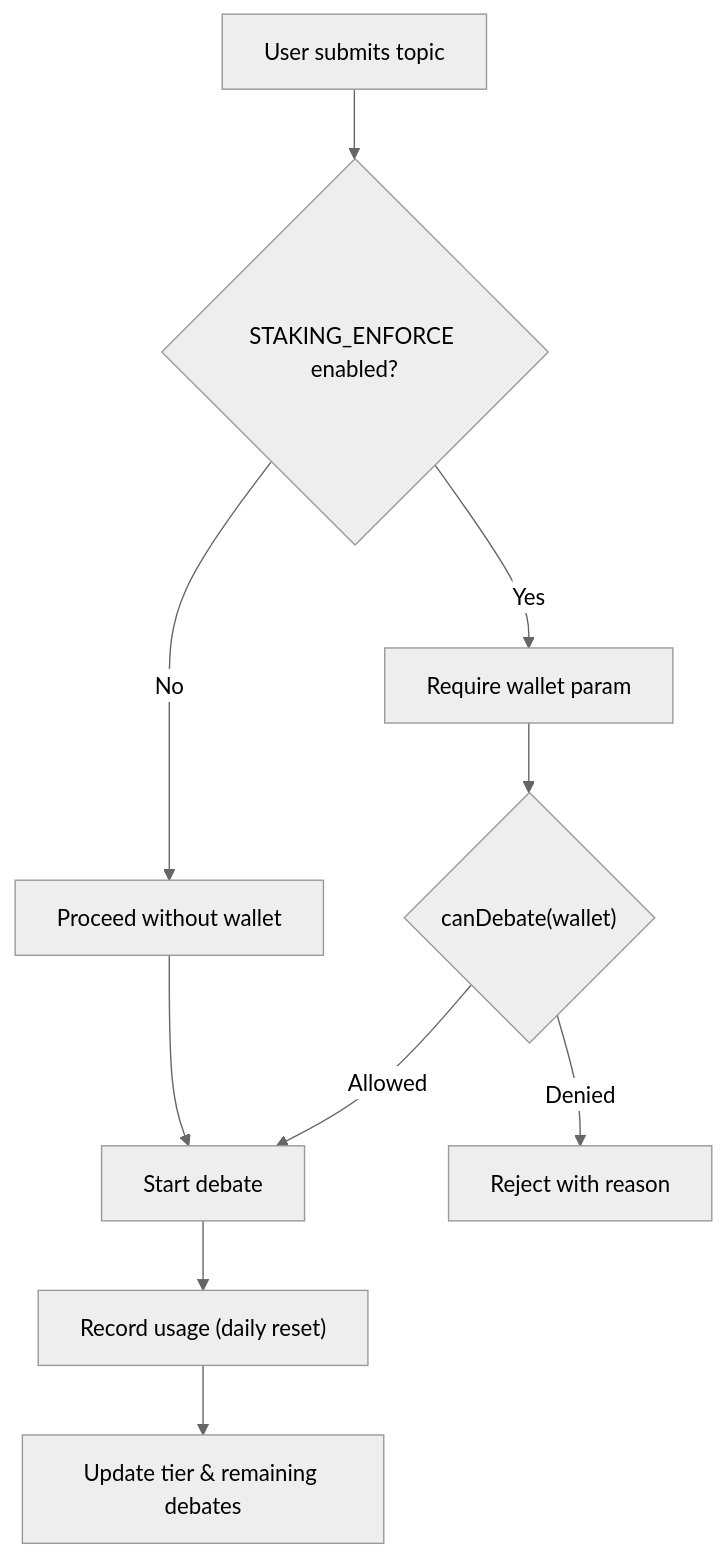
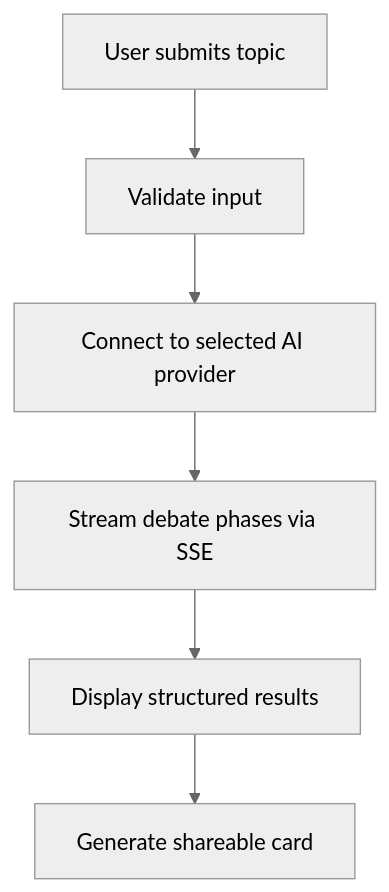
One commit to RunTimeAdmin/tri-ai changed the third of 5 diagrams in .qoder/repowiki/en/content/Blockchain Integration/Blockchain Integration.md. Above: the diagram before and after it, drawn with Mermaid (neutral theme). The commit also changed other lines of this file and 46 other files, not shown here.

````diff
--- a/.qoder/repowiki/en/content/Blockchain Integration/Blockchain Integration.md
+++ b/.qoder/repowiki/en/content/Blockchain Integration/Blockchain Integration.md
@@ -177,12 +107,8 @@
 ```mermaid
 flowchart TD
-A["User submits topic"] --> B{"STAKING_ENFORCE enabled?"}
-B --> |Yes| C["Require wallet param"]
-B --> |No| D["Proceed without wallet"]
-C --> E{"canDebate(wallet)"}
-E --> |Allowed| F["Start debate"]
-E --> |Denied| G["Reject with reason"]
-D --> F
-F --> H["Record usage (daily reset)"]
-H --> I["Update tier & remaining debates"]
+A["User submits topic"] --> B["Validate input"]
+B --> C["Connect to selected AI provider"]
+C --> D["Stream debate phases via SSE"]
+D --> E["Display structured results"]
+E --> F["Generate shareable card"]
 ```
````
